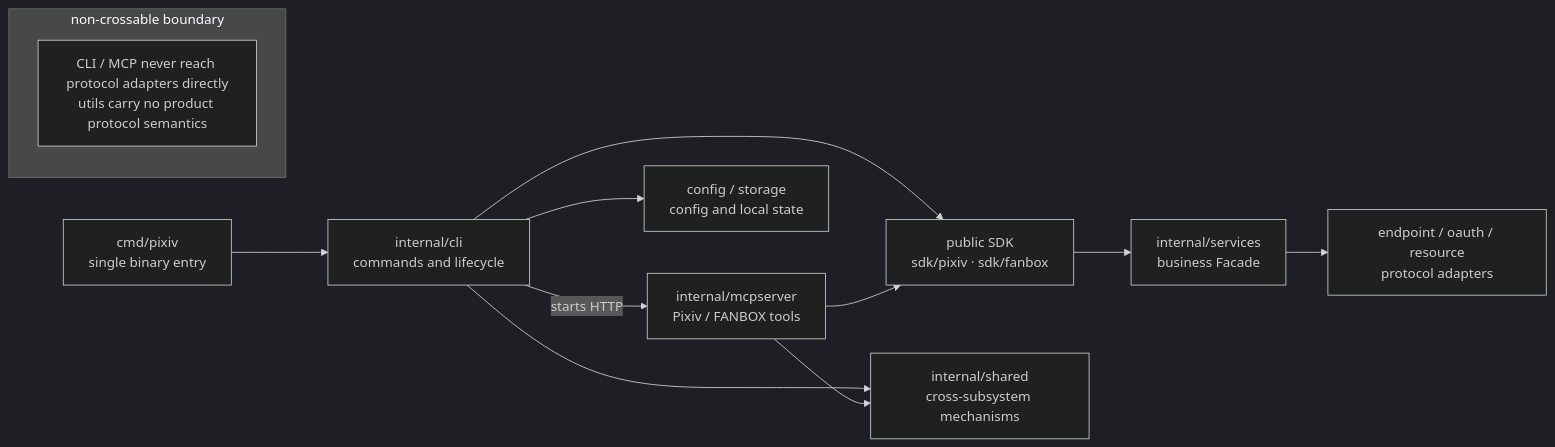
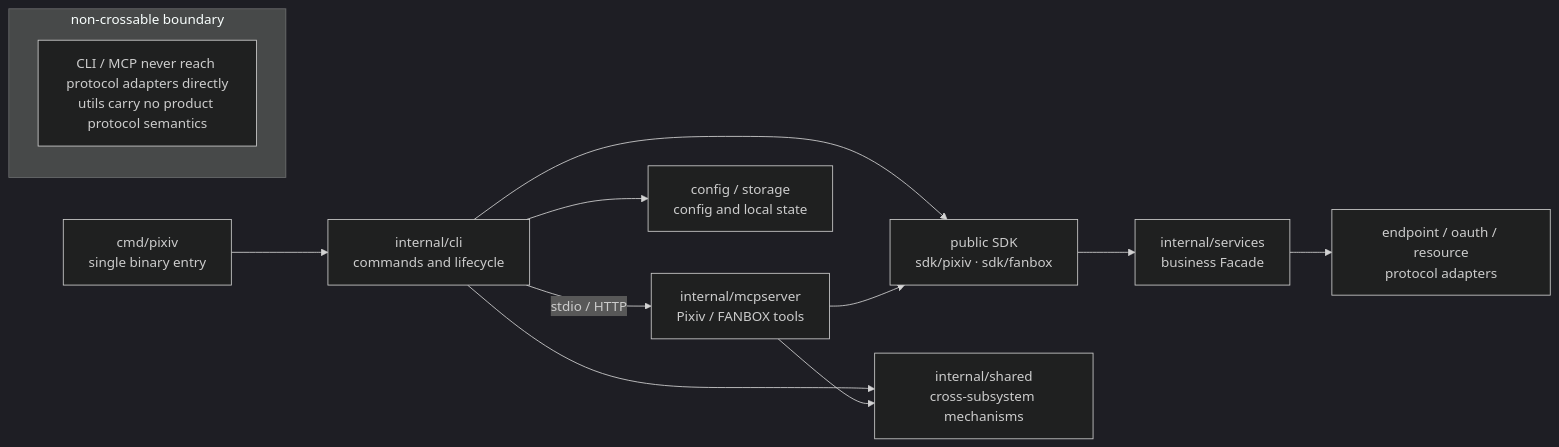
One commit to FlanChanXwO/pixiv-cli changed the diagram in docs/en/maintainers/architecture.md. Above: the diagram before and after it, drawn with Mermaid (dark theme). The commit also changed other lines of this file and 18 other files, not shown here.

````diff
--- a/docs/en/maintainers/architecture.md
+++ b/docs/en/maintainers/architecture.md
@@ -5,16 +5,16 @@
 ```mermaid
 flowchart LR
     ENTRY["cmd/pixiv<br/>single binary entry"] --> CLI["internal/cli<br/>commands and lifecycle"]
-    CLI -->|"starts HTTP"| MCP["internal/mcpserver<br/>Pixiv / FANBOX tools"]
+    CLI -->|"stdio / HTTP"| MCP["internal/mcpserver<br/>Pixiv / FANBOX tools"]
     CLI --> SDK["public SDK<br/>sdk/pixiv · sdk/fanbox"]
     MCP --> SDK
     SDK --> FACADE["internal/services<br/>business Facade"]
     FACADE --> ADAPTER["endpoint / oauth / resource<br/>protocol adapters"]
     CLI --> SHARED["internal/shared<br/>cross-subsystem mechanisms"]
     MCP --> SHARED
     CLI --> STATE["config / storage<br/>config and local state"]
 
     subgraph boundary["non-crossable boundary"]
         RULE["CLI / MCP never reach protocol adapters directly<br/>utils carry no product protocol semantics"]
     end
 ```
````
